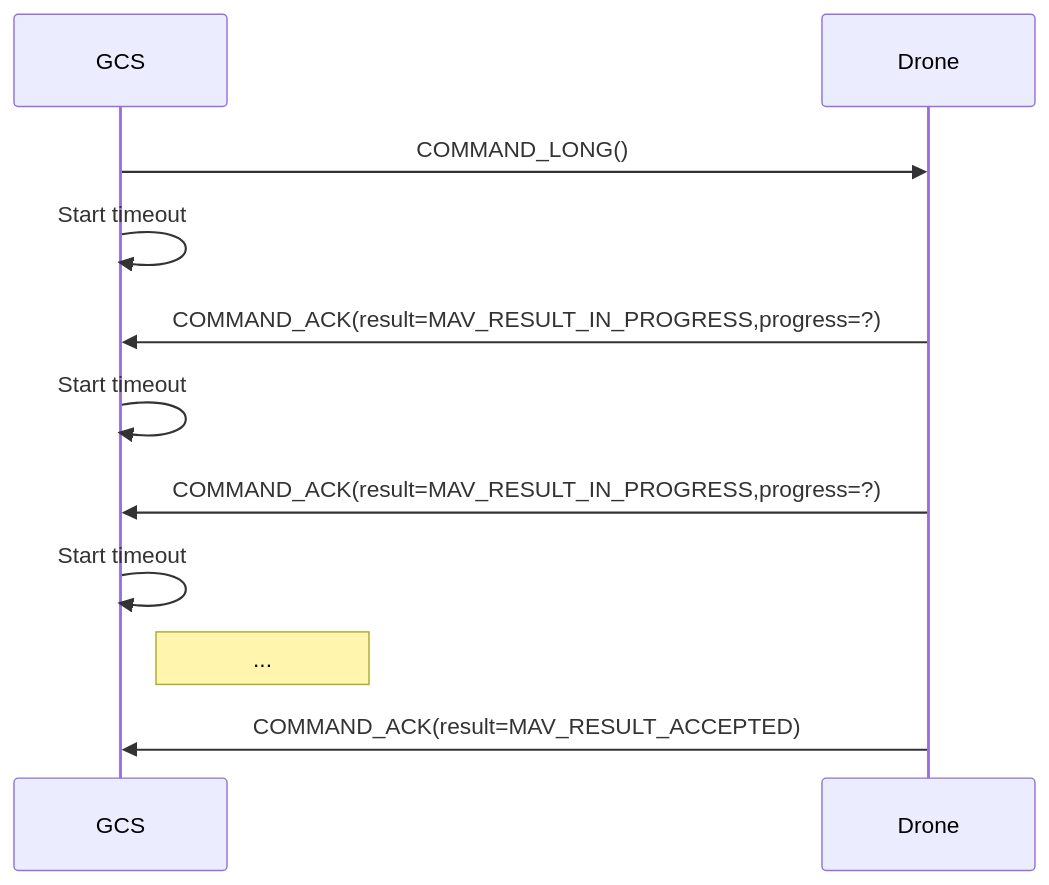
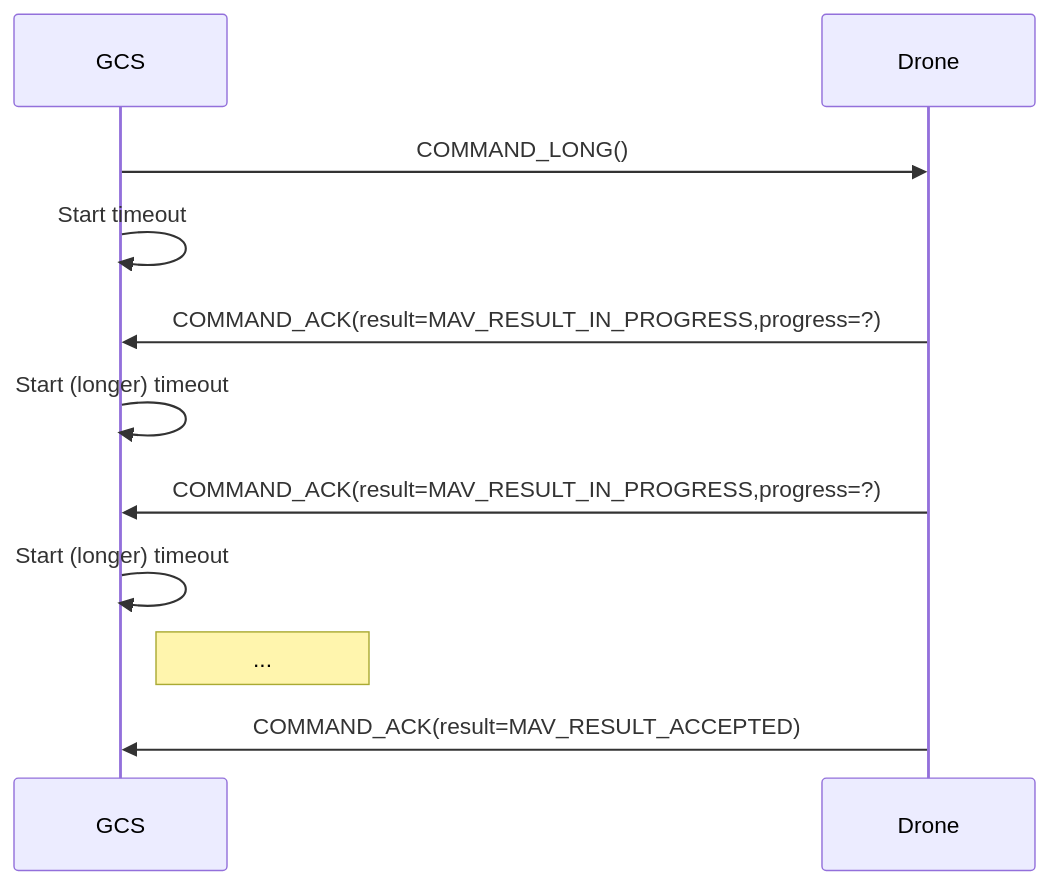
Before and after one commit to mavlink/mavlink-devguide: the third of 3 diagrams in en/services/command.md, drawn with Mermaid. The commit also changed other lines of this file, not shown here.

Commit message:
Command protocol: Note that progress rate is system dependent

```diff
--- a/en/services/command.md
+++ b/en/services/command.md
@@ -57,13 +57,13 @@
 {% mermaid %}
 sequenceDiagram;
     participant GCS
     participant Drone
     GCS->>Drone: COMMAND_LONG()
     GCS->>GCS: Start timeout
     Drone->>GCS: COMMAND_ACK(result=MAV_RESULT_IN_PROGRESS,progress=?)
-    GCS->>GCS: Start timeout
+    GCS->>GCS: Start (longer) timeout
     Drone->>GCS: COMMAND_ACK(result=MAV_RESULT_IN_PROGRESS,progress=?)
-    GCS->>GCS: Start timeout
+    GCS->>GCS: Start (longer) timeout
     Note right of GCS: ...
     Drone->>GCS: COMMAND_ACK(result=MAV_RESULT_ACCEPTED)
 {% endmermaid %}
```
